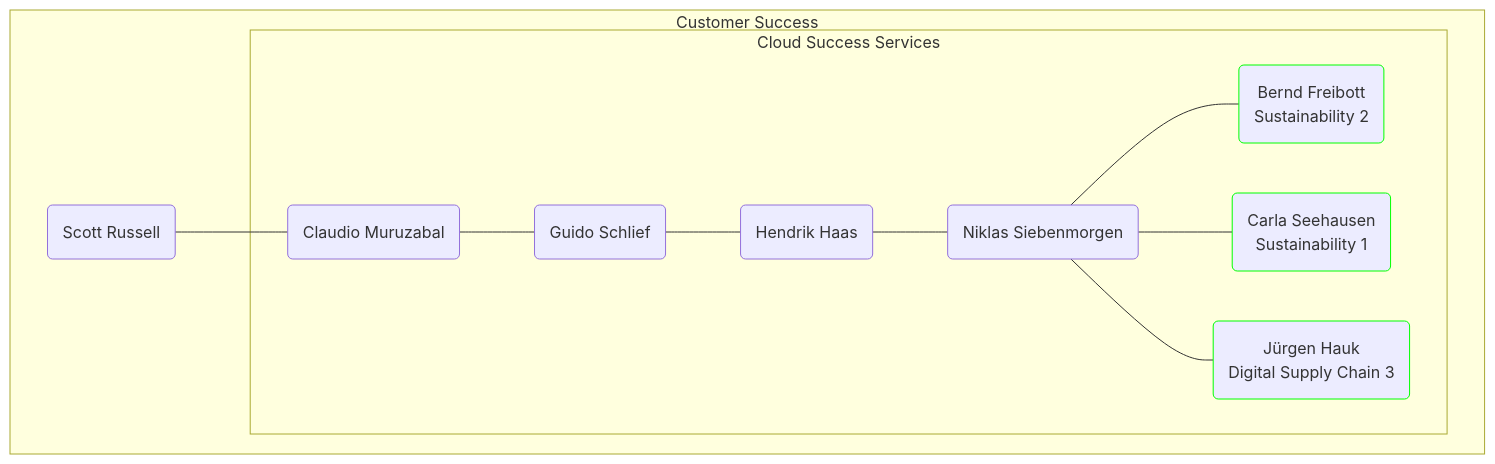
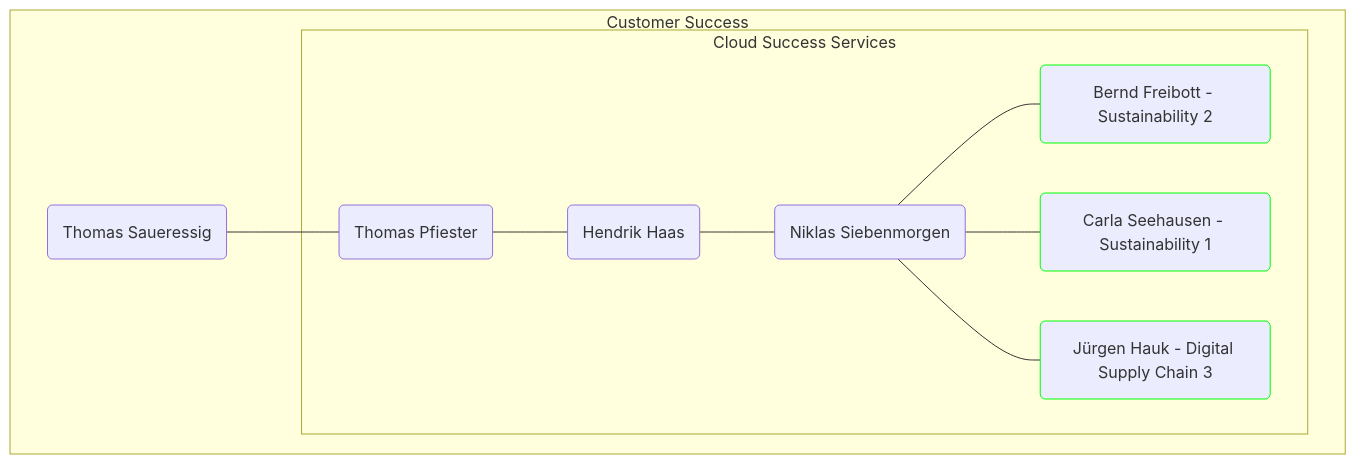
One commit to appenmaier/vt_markdorf changed the third of 3 diagrams in contacts.md. Above: the diagram before and after it, drawn with Mermaid. The commit also changed other lines of this file, not shown here.

````diff
--- a/contacts.md
+++ b/contacts.md
@@ -112,28 +113,26 @@
 ```mermaid
 flowchart TD
-    sr --- cm
-    cm --- gs
-    gs --- hh
+    ts --- tp
+    tp --- hh
     hh --- ns
     ns --- bf
     ns --- cs
     ns --- jh
 
     subgraph Customer Success
-        sr(Scott Russell)
+        ts(Thomas Saueressig)
 
         subgraph Cloud Success Services
-            bf(Bernd Freibott\nSustainability 2)
+            bf(Bernd Freibott - Sustainability 2)
             ns(Niklas Siebenmorgen)
             hh(Hendrik Haas)
-            gs(Guido Schlief)
-            cm(Claudio Muruzabal)
-            cs(Carla Seehausen\nSustainability 1)
-            jh(Jürgen Hauk\nDigital Supply Chain 3)
+            tp(Thomas Pfiester)
+            cs(Carla Seehausen - Sustainability 1)
+            jh(Jürgen Hauk - Digital Supply Chain 3)
         end
     end
 
     style bf stroke:#0f0
     style cs stroke:#0f0
     style jh stroke:#0f0
 ```
````
